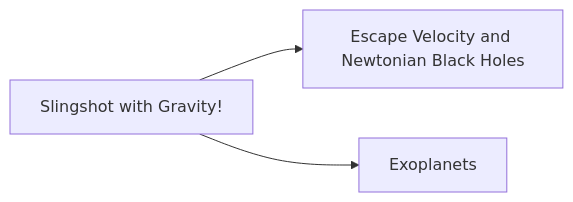
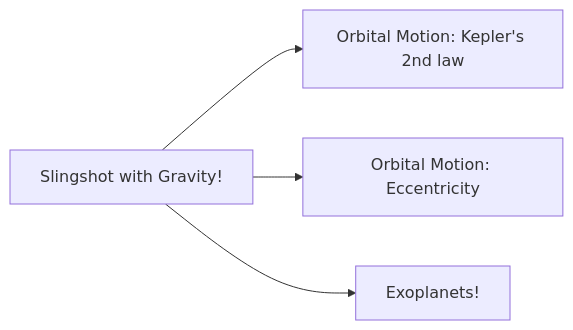
One commit to stemcoding/stemcoding.github.io changed the fifth of 7 diagrams in flowchart.qmd. Above: the diagram before and after it, drawn with Mermaid. The commit also changed other lines of this file and 3 other files, not shown here.

Commit message:
improve the flowchart page

````diff
--- a/flowchart.qmd
+++ b/flowchart.qmd
@@ -33,5 +46,6 @@
 ```{mermaid}
 flowchart LR
-  A[Slingshot with Gravity!] --> B[Escape Velocity and Newtonian Black Holes]
-  A --> C[Exoplanets]
+  A[Slingshot with Gravity!] --> B[Orbital Motion: Kepler's 2nd law]
+  A --> C[Orbital Motion: Eccentricity]
+  A --> D[Exoplanets!]
 ```
````
